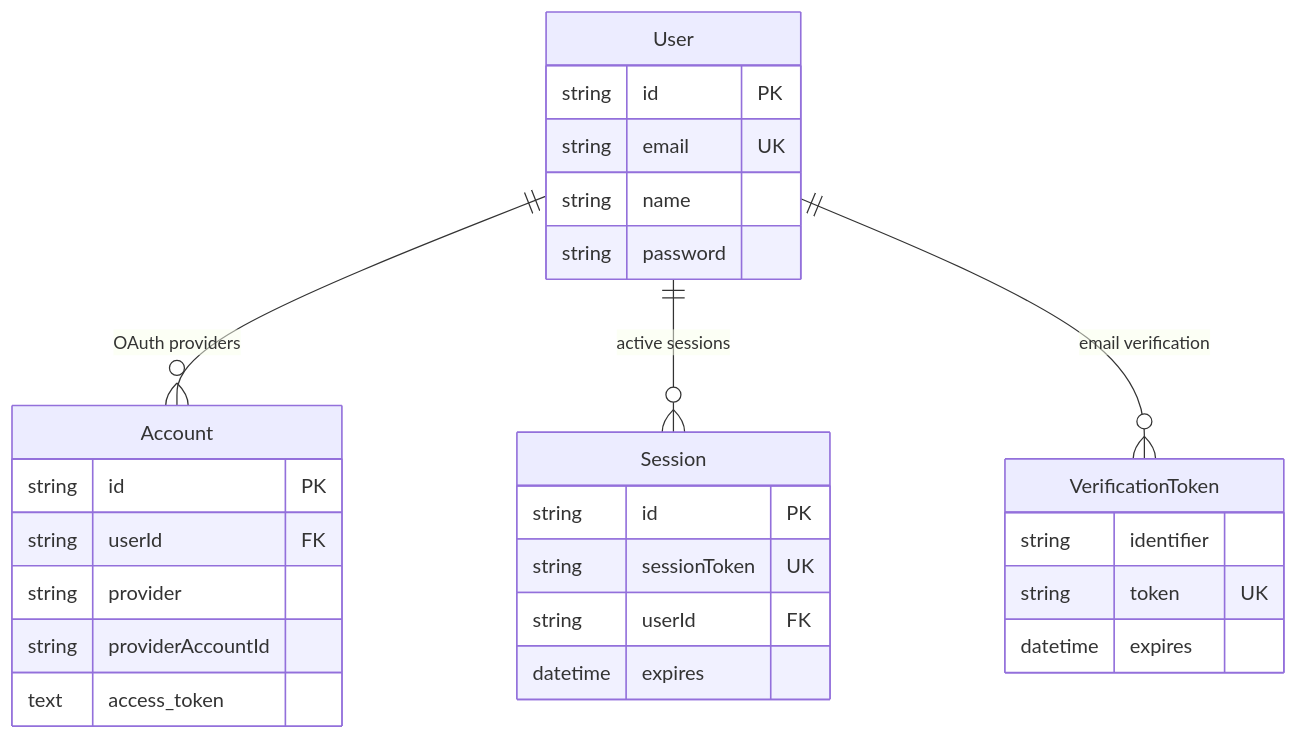
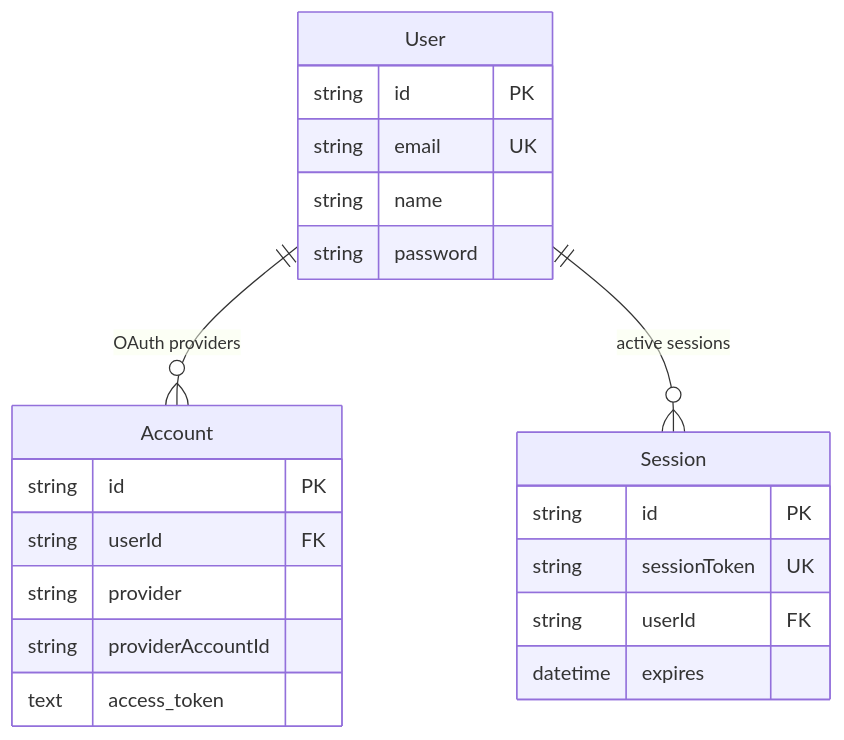
Before and after one commit to kunalPisolkar24/detectAI: the third of 8 diagrams in apps/web/docs/components/infrastructure.md, drawn with Mermaid. The commit also changed other lines of this file and 13 other files, not shown here.

````diff
--- a/apps/web/docs/components/infrastructure.md
+++ b/apps/web/docs/components/infrastructure.md
@@ -156,34 +197,27 @@
 ```mermaid
 erDiagram
     User ||--o{ Account : "OAuth providers"
     User ||--o{ Session : "active sessions"
-    User ||--o{ VerificationToken : "email verification"
 
     User {
         string id PK
         string email UK
         string name
         string password
     }
 
     Account {
         string id PK
         string userId FK
         string provider
         string providerAccountId
         text access_token
     }
 
     Session {
         string id PK
         string sessionToken UK
         string userId FK
         datetime expires
     }
-
-    VerificationToken {
-        string identifier
-        string token UK
-        datetime expires
-    }
 ```
````
